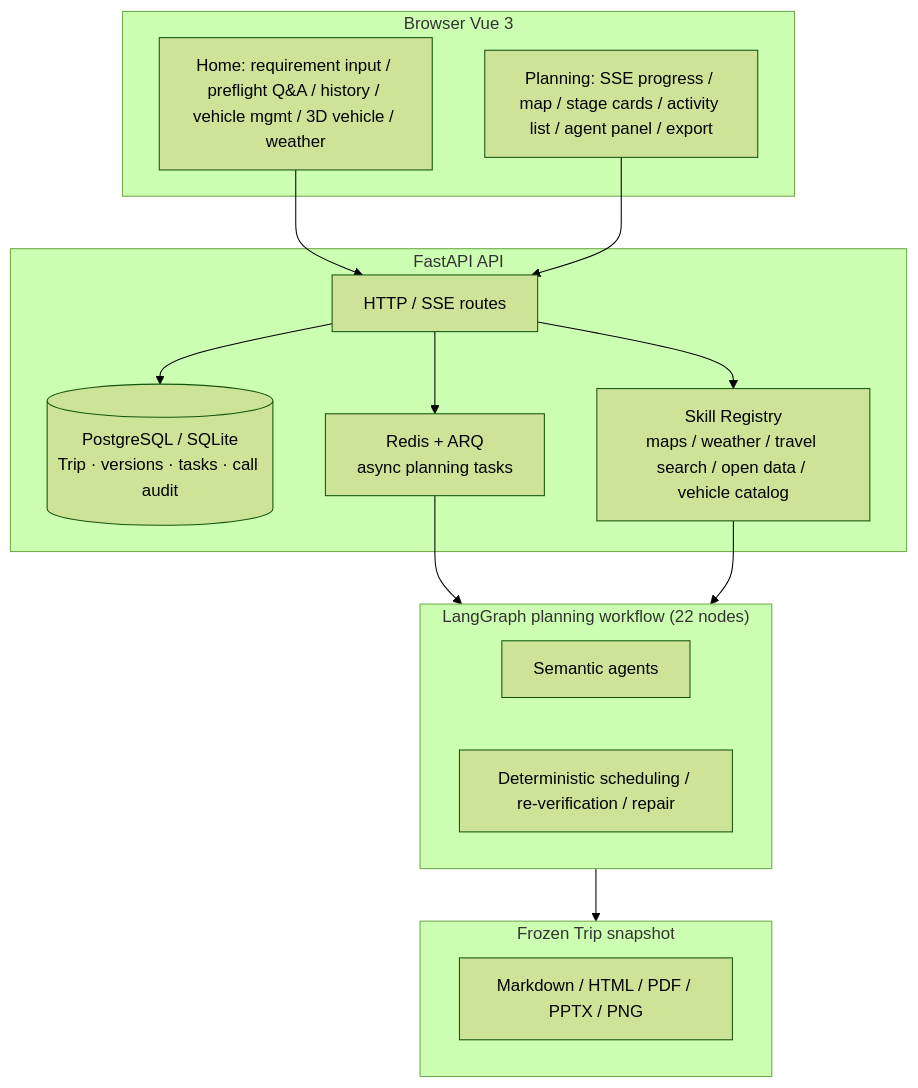
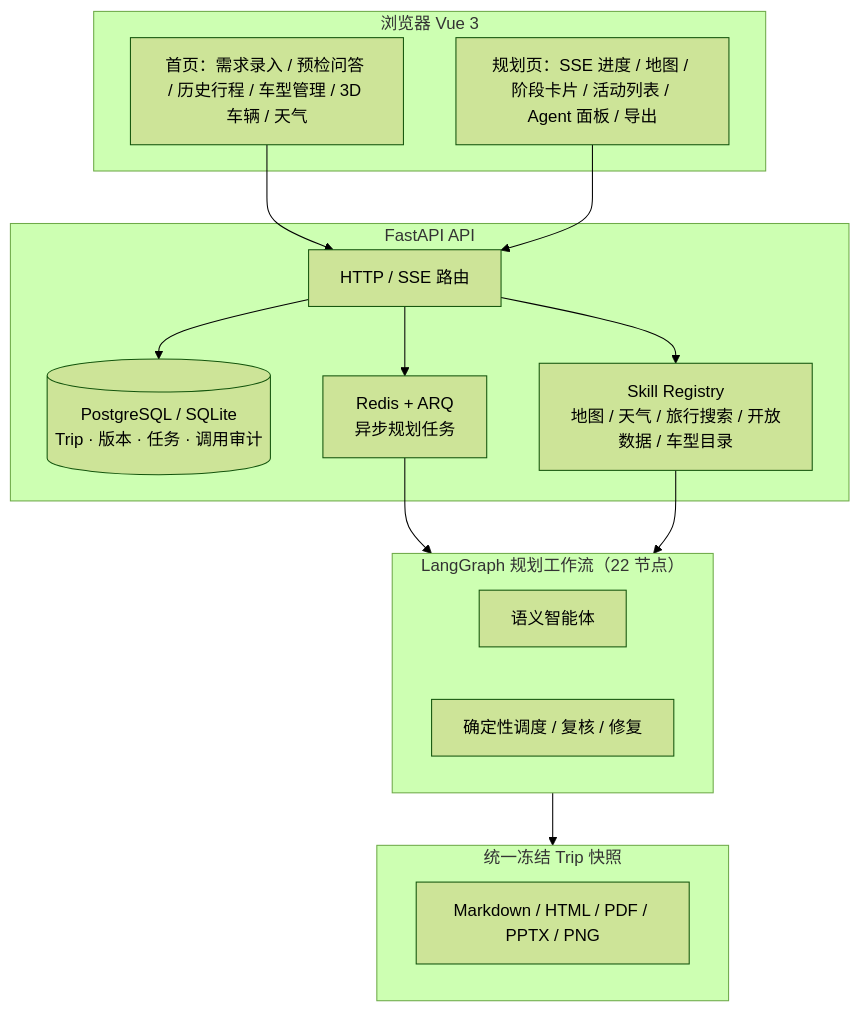
One commit to pigz2538/RoadMan-Public changed the diagram in README.md. Above: the diagram before and after it, drawn with Mermaid (forest theme). The commit also changed other lines of this file and 2 other files, not shown here.

````diff
--- a/README.md
+++ b/README.md
@@ -165,32 +163,32 @@
 ```mermaid
 flowchart TB
-    subgraph Browser["Browser Vue 3"]
-        H["Home: requirement input / preflight Q&A / history / vehicle mgmt / 3D vehicle / weather"]
-        P["Planning: SSE progress / map / stage cards / activity list / agent panel / export"]
+    subgraph Browser["浏览器 Vue 3"]
+        H["首页：需求录入 / 预检问答 / 历史行程 / 车型管理 / 3D 车辆 / 天气"]
+        P["规划页：SSE 进度 / 地图 / 阶段卡片 / 活动列表 / Agent 面板 / 导出"]
     end
 
     subgraph API["FastAPI API"]
-        R["HTTP / SSE routes"]
-        DB[("PostgreSQL / SQLite<br/>Trip · versions · tasks · call audit")]
-        Q["Redis + ARQ<br/>async planning tasks"]
-        SK["Skill Registry<br/>maps / weather / travel search / open data / vehicle catalog"]
+        R["HTTP / SSE 路由"]
+        DB[("PostgreSQL / SQLite<br/>Trip · 版本 · 任务 · 调用审计")]
+        Q["Redis + ARQ<br/>异步规划任务"]
+        SK["Skill Registry<br/>地图 / 天气 / 旅行搜索 / 开放数据 / 车型目录"]
     end
 
-    subgraph Workflow["LangGraph planning workflow (22 nodes)"]
-        S["Semantic agents"]
-        D["Deterministic scheduling / re-verification / repair"]
+    subgraph Workflow["LangGraph 规划工作流（22 节点）"]
+        S["语义智能体"]
+        D["确定性调度 / 复核 / 修复"]
     end
 
-    subgraph Export["Frozen Trip snapshot"]
+    subgraph Export["统一冻结 Trip 快照"]
         E["Markdown / HTML / PDF / PPTX / PNG"]
     end
 
     H --> R
     P --> R
     R --> DB
     R --> Q
     R --> SK
     Q --> Workflow
     SK --> Workflow
     Workflow --> Export
 ```
````
